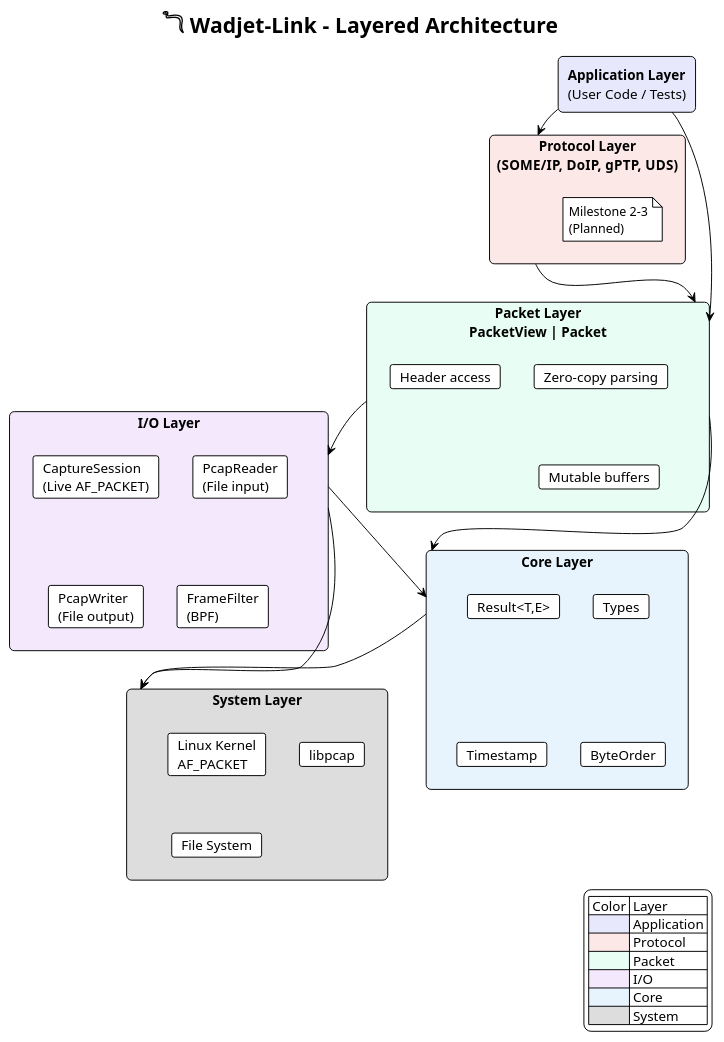
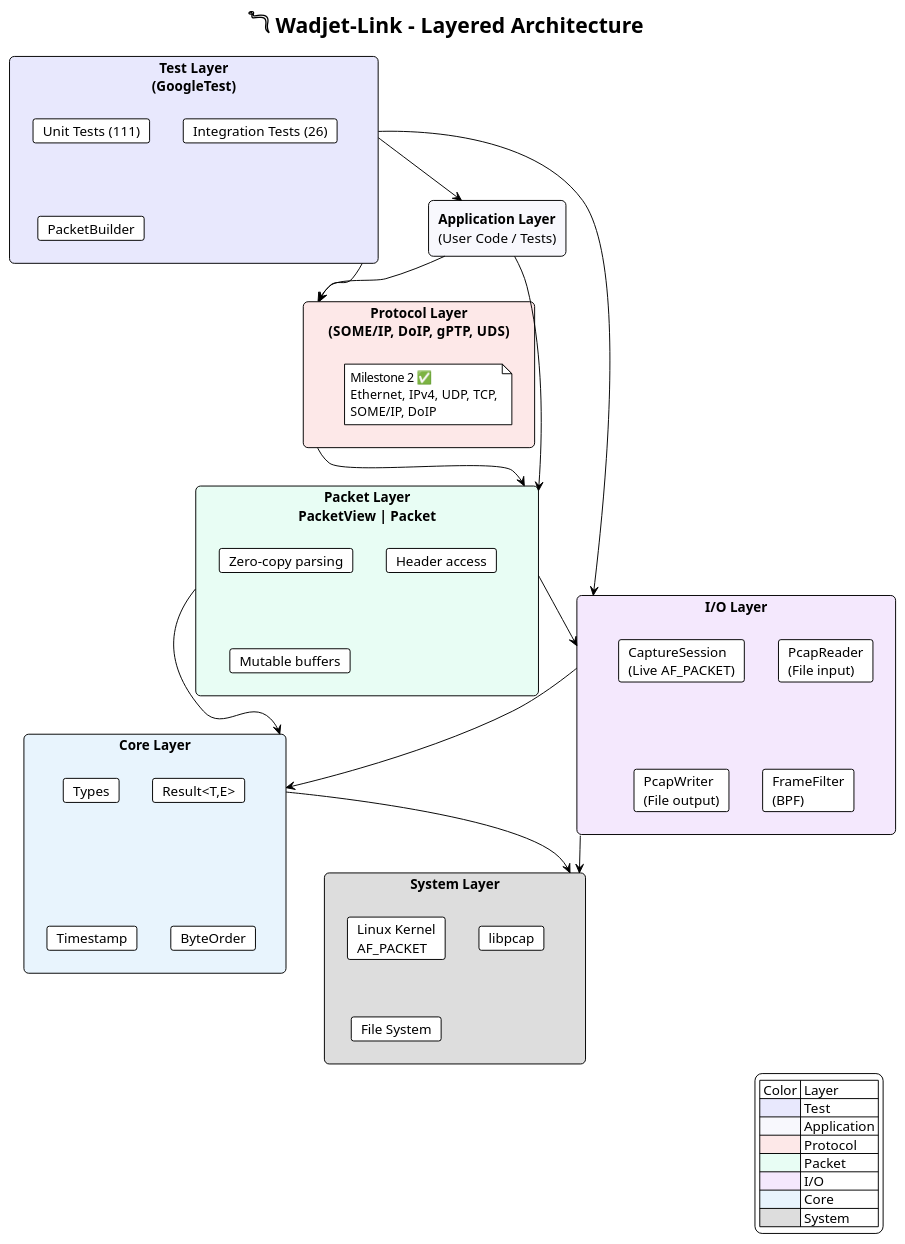
One commit to mm0rsy/Wadjet-Link changed the diagram in architecture/layer_architecture.puml. Above: the diagram before and after it, drawn with PlantUML. The commit also changed 4 other files, not shown here.

First line of the commit message:
Add test architecture diagrams and update existing diagrams

```diff
--- a/architecture/layer_architecture.puml
+++ b/architecture/layer_architecture.puml
@@ -1,62 +1,72 @@
 @startuml layer_architecture
 !theme plain
 title 𓆓 Wadjet-Link - Layered Architecture
 
 skinparam backgroundColor white
 skinparam rectangle {
     roundCorner 10
 }
 
-rectangle "**Application Layer**\n(User Code / Tests)" as App #E8E8FD {
+rectangle "**Test Layer**\n(GoogleTest)" as Test #E8E8FD {
+    card "Unit Tests (111)" as UT
+    card "Integration Tests (26)" as IT
+    card "PacketBuilder" as PB
+}
+
+rectangle "**Application Layer**\n(User Code / Tests)" as App #F8F8FD {
 }
 
 rectangle "**Protocol Layer**\n(SOME/IP, DoIP, gPTP, UDS)" as Protocol #FDE8E8 {
-    note "Milestone 2-3\n(Planned)" as N1
+    note "Milestone 2 ✅\nEthernet, IPv4, UDP, TCP,\nSOME/IP, DoIP" as N1
 }
 
 rectangle "**Packet Layer**\nPacketView | Packet" as Net #E8FDF4 {
     card "Zero-copy parsing" as ZC
     card "Header access" as HA
     card "Mutable buffers" as MB
 }
 
 rectangle "**I/O Layer**" as IO #F4E8FD {
     card "CaptureSession\n(Live AF_PACKET)" as CS
     card "PcapReader\n(File input)" as PR
     card "PcapWriter\n(File output)" as PW
     card "FrameFilter\n(BPF)" as FF
 }
 
 rectangle "**Core Layer**" as Core #E8F4FD {
     card "Types" as T
     card "Result<T,E>" as R
     card "Timestamp" as TS
     card "ByteOrder" as BO
 }
 
 rectangle "**System Layer**" as Sys #DDDDDD {
     card "Linux Kernel\nAF_PACKET" as K
     card "libpcap" as LP
     card "File System" as FS
 }
 
+Test -down-> App
+Test -down-> Protocol
+Test -down-> IO
 App -down-> Protocol
 App -down-> Net
 Protocol -down-> Net
 Net -down-> IO
 Net -down-> Core
 IO -down-> Core
 IO -down-> Sys
 Core -down-> Sys
 
 legend right
   | Color | Layer |
-  | <#E8E8FD> | Application |
+  | <#E8E8FD> | Test |
+  | <#F8F8FD> | Application |
   | <#FDE8E8> | Protocol |
   | <#E8FDF4> | Packet |
   | <#F4E8FD> | I/O |
   | <#E8F4FD> | Core |
   | <#DDDDDD> | System |
 endlegend
 
 @enduml
```
